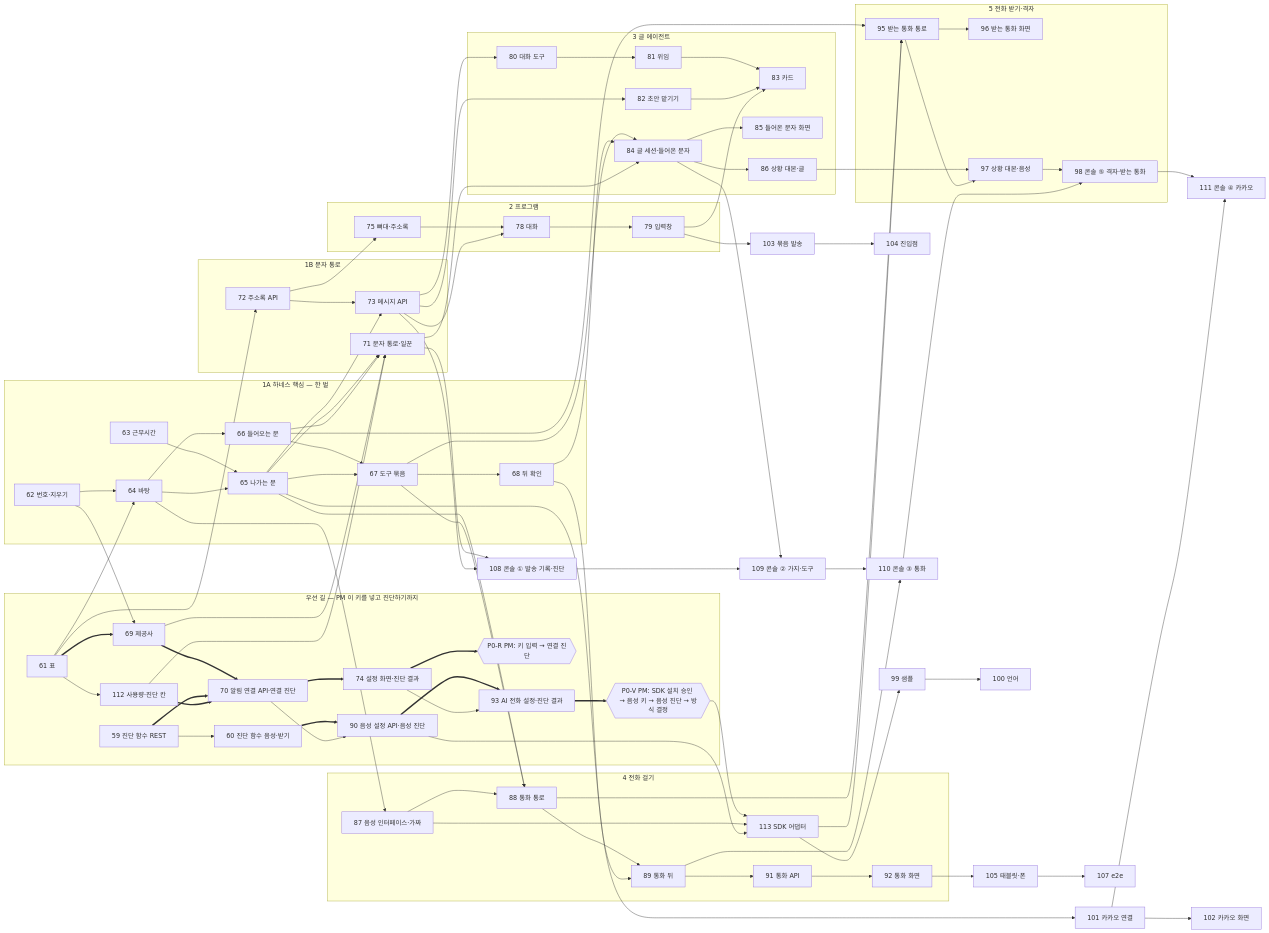
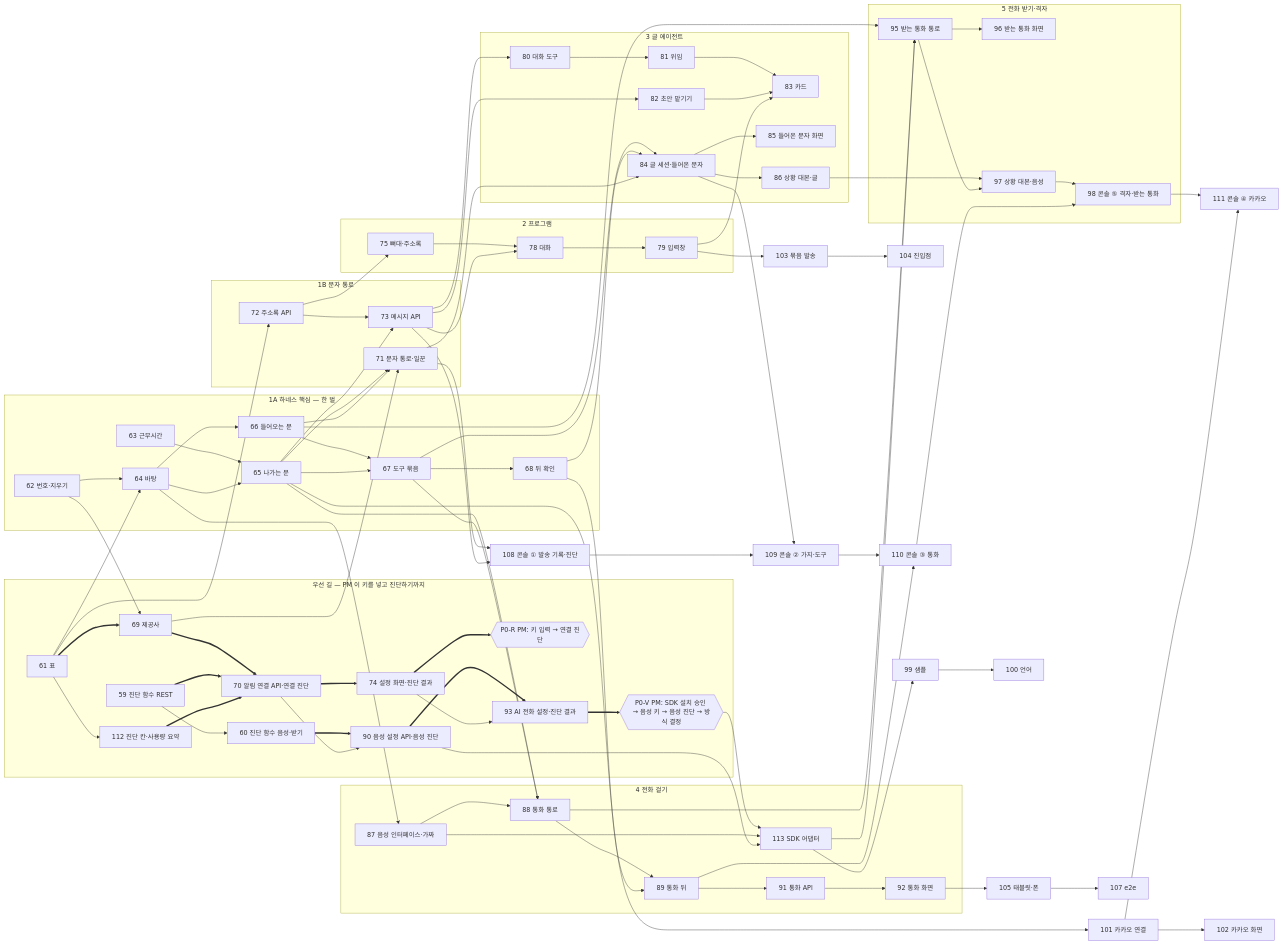
One commit to sohnjangho/chronos changed the diagram in docs/plans/2026-11-23-chronos-plan-4-contacts-outreach.md. Above: the diagram before and after it, drawn with Mermaid. The commit also changed other lines of this file, not shown here.

````diff
--- a/docs/plans/2026-11-23-chronos-plan-4-contacts-outreach.md
+++ b/docs/plans/2026-11-23-chronos-plan-4-contacts-outreach.md
@@ -54,66 +55,65 @@
 ```mermaid
 graph LR
   subgraph LANE[우선 길 — PM 이 키를 넣고 진단하기까지]
     T61[61 표] ==> T69[69 제공사] ==> T70[70 알림 연결 API·연결 진단] ==> T74[74 설정 화면·진단 결과] ==> P0R{{P0-R PM: 키 입력 → 연결 진단}}
     T59[59 진단 함수 REST] ==> T70
-    T61 --> T112[112 사용량·진단 칸] ==> T70
+    T61 --> T112[112 진단 칸·사용량 요약] ==> T70
     T59 --> T60[60 진단 함수 음성·받기] ==> T90[90 음성 설정 API·음성 진단] ==> T93[93 AI 전화 설정·진단 결과] ==> P0V{{P0-V PM: SDK 설치 승인 → 음성 키 → 음성 진단 → 방식 결정}}
     T70 --> T90
     T74 --> T93
   end
   subgraph S1A[1A 하네스 핵심 — 한 벌]
     T61 --> T64[64 바탕]
     T62[62 번호·지우기] --> T64
     T62 --> T69
     T63[63 근무시간] --> T65[65 나가는 문]
     T64 --> T65
     T64 --> T66[66 들어오는 문] --> T67[67 도구 묶음] --> T68[68 뒤 확인]
     T65 --> T67
   end
   subgraph S1B[1B 문자 통로]
     T65 --> T71[71 문자 통로·일꾼]
     T66 --> T71
     T69 --> T71
-    T112 --> T71
     T61 --> T72[72 주소록 API] --> T73[73 메시지 API]
     T65 --> T73
   end
   subgraph S2[2 프로그램]
     T72 --> T75[75 뼈대·주소록] --> T78[78 대화] --> T79[79 입력창]
     T73 --> T78
   end
   subgraph S3[3 글 에이전트]
     T73 --> T80[80 대화 도구] --> T81[81 위임] --> T83[83 카드]
     T73 --> T82[82 초안 맡기기] --> T83
     T79 --> T83
     T67 --> T84[84 글 세션·들어온 문자]
     T68 --> T84
     T71 --> T84 --> T85[85 들어온 문자 화면]
     T84 --> T86[86 상황 대본·글]
   end
   subgraph S4[4 전화 걸기]
     T64 --> T87[87 음성 인터페이스·가짜] --> T88[88 통화 통로]
     T65 --> T88
     T67 --> T88 --> T89[89 통화 뒤] --> T91[91 통화 API] --> T92[92 통화 화면]
     T68 --> T89
     P0V --> T113[113 SDK 어댑터]
     T87 --> T113
     T90 --> T113
   end
   subgraph S5[5 전화 받기·격자]
     T66 --> T95[95 받는 통화 통로]
     T88 --> T95
     T113 --> T95 --> T96[96 받는 통화 화면]
     T86 --> T97[97 상황 대본·음성] --> T98[98 콘솔 ⑤ 격자·받는 통화]
     T95 --> T97
   end
   T113 --> T99[99 샘플] --> T100[100 언어]
   T65 --> T101[101 카카오 연결] --> T102[102 카카오 화면]
   T79 --> T103[103 묶음 발송] --> T104[104 진입점]
   T92 --> T105[105 태블릿·폰] --> T107[107 e2e]
   T71 --> T108[108 콘솔 ① 발송 기록·진단] --> T109[109 콘솔 ② 가지·도구] --> T110[110 콘솔 ③ 통화] --> T98 --> T111[111 콘솔 ④ 카카오]
   T73 --> T108
   T101 --> T111
   T84 --> T109
   T89 --> T110
 ```
````
